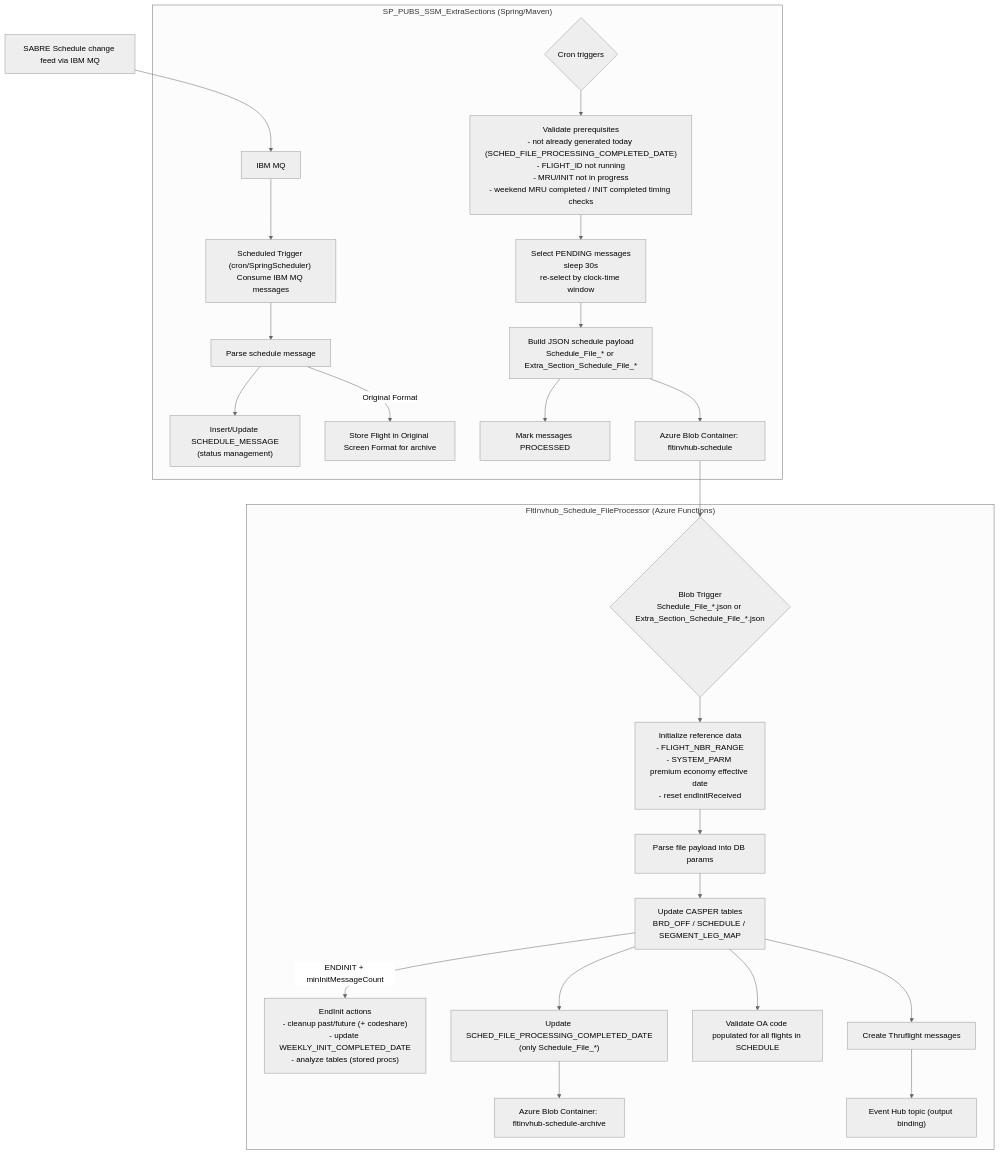
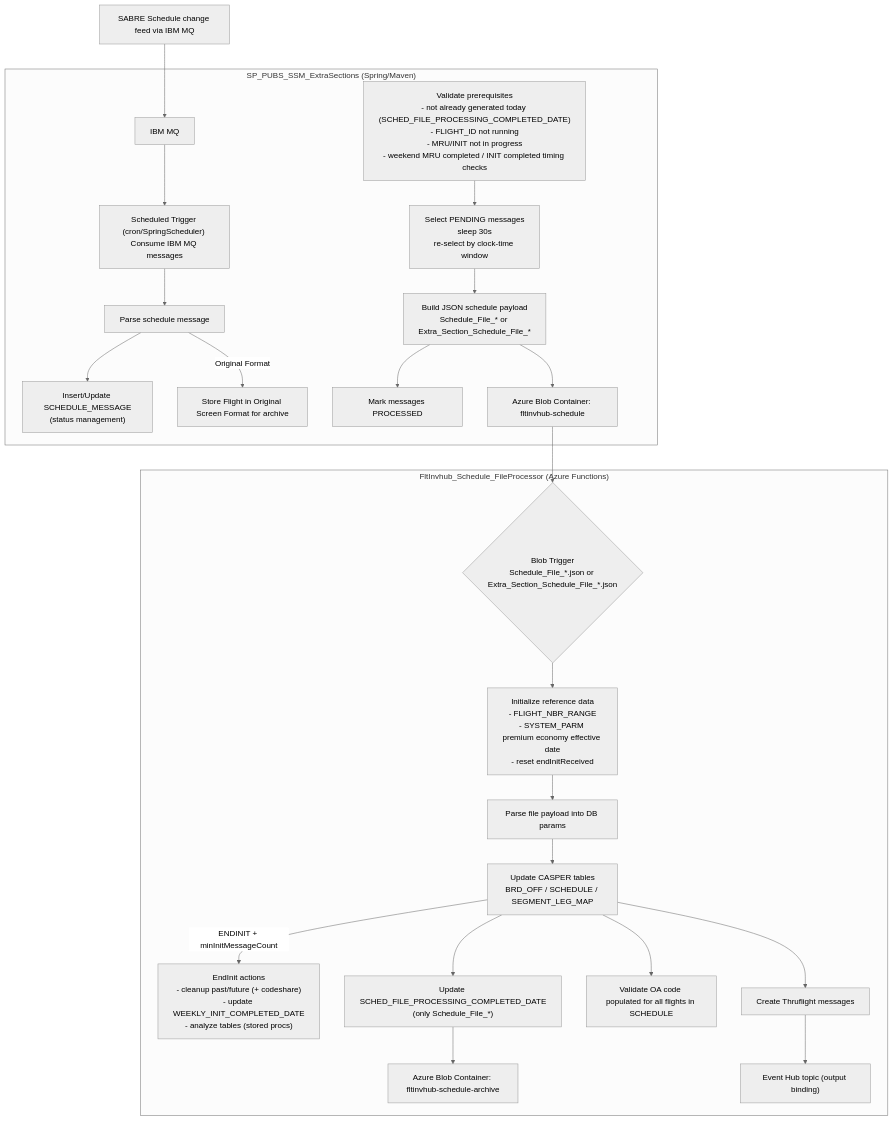
The diagram in README.md (GarrenBagley366/SP_PUBS_SSM_ExtraSections), drawn with Mermaid (neutral theme) before and after one commit.

Commit message:
Fix formatting issue in README.md

````diff
--- a/README.md
+++ b/README.md
@@ -10,36 +10,36 @@
 ```mermaid
 flowchart TD
   %% Sources
   SABRE["SABRE Schedule change feed via IBM MQ"] --> MQ["IBM MQ"]
 
   %% Generator
   subgraph GEN["SP_PUBS_SSM_ExtraSections (Spring/Maven)"]
     MQ --> G1["Scheduled Trigger (cron/SpringScheduler) Consume IBM MQ messages"]
     G1 --> G2["Parse schedule message"]
     click G2 href "https://github.com/AAInternal/FltInvhub_Schedule_FileProcessor/wiki/File-Processor-Business-Rules"
     G2 --> G3["Insert/Update SCHEDULE_MESSAGE<br/>(status management)"]
     G2 -->|Original Format| G4["Store Flight in Original Screen Format for archive<br/>"]
 
-    G5{"Cron triggers"} --> G6["Validate prerequisites<br/>- not already generated today (SCHED_FILE_PROCESSING_COMPLETED_DATE)<br/>- FLIGHT_ID not running<br/>- MRU/INIT not in progress<br/>- weekend MRU completed / INIT completed timing checks"]
+G6["Validate prerequisites<br/>- not already generated today (SCHED_FILE_PROCESSING_COMPLETED_DATE)<br/>- FLIGHT_ID not running<br/>- MRU/INIT not in progress<br/>- weekend MRU completed / INIT completed timing checks"]
     G6 --> G7["Select PENDING messages<br/>sleep 30s<br/>re-select by clock-time window"]
     G7 --> G8["Build JSON schedule payload<br/>Schedule_File_* or Extra_Section_Schedule_File_*"]
     G8 --> G9["Mark messages PROCESSED"]
     G8 --> BLOB_IN["Azure Blob Container: fltinvhub-schedule"]
   end
 
   %% Processor
   subgraph PROC["FltInvhub_Schedule_FileProcessor (Azure Functions)"]
     BLOB_IN --> P1{"Blob Trigger<br/>Schedule_File_*.json or Extra_Section_Schedule_File_*.json"}
     P1 --> P2["Initialize reference data<br/>- FLIGHT_NBR_RANGE<br/>- SYSTEM_PARM premium economy effective date<br/>- reset endInitReceived"]
     P2 --> P3["Parse file payload into DB params"]
     P3 --> P4["Update CASPER tables<br/>BRD_OFF / SCHEDULE / SEGMENT_LEG_MAP"]
 
     P4 -->|ENDINIT + minInitMessageCount| P5["EndInit actions<br/>- cleanup past/future (+ codeshare)<br/>- update WEEKLY_INIT_COMPLETED_DATE<br/>- analyze tables (stored procs)"]
     P4 --> P6["Update SCHED_FILE_PROCESSING_COMPLETED_DATE<br/>(only Schedule_File_*)"]
     P6 --> BLOB_ARC["Azure Blob Container: fltinvhub-schedule-archive"]
     P4 --> P7["Validate OA code populated for all flights in SCHEDULE"]
     P4 --> P8["Create Thruflight messages"]
     P8 --> EH["Event Hub topic (output binding)"]
   end
 
 ```
````
